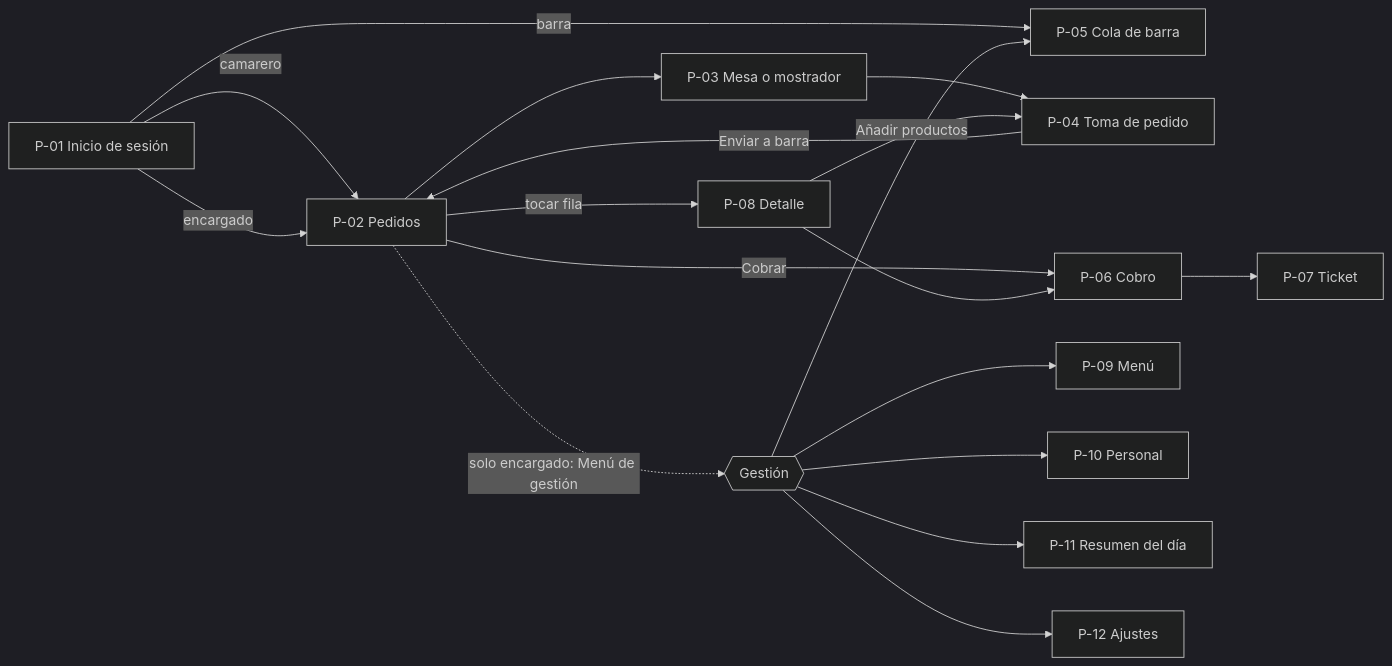
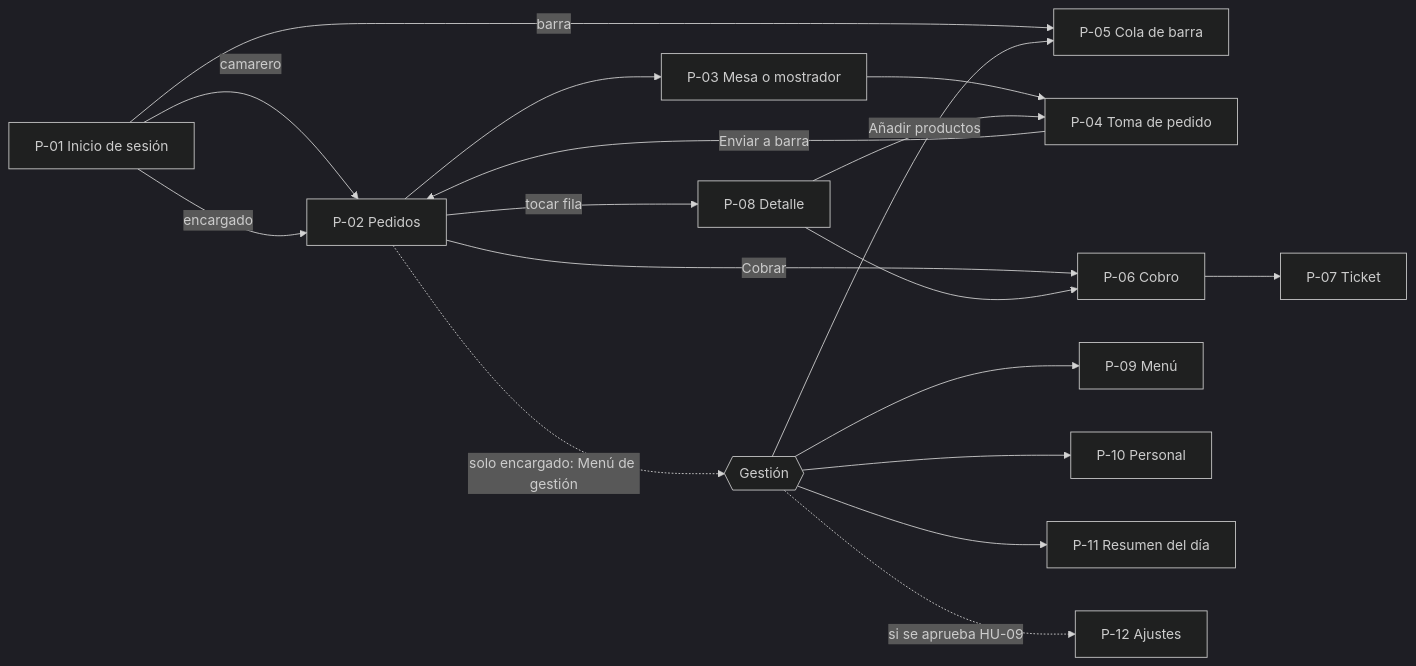
The first of 7 diagrams in docs/ux/flujos.md (Pablo592/testing-ia), drawn with Mermaid (dark theme) before and after one commit. The commit also changed other lines of this file and 8 other files, not shown here.

````diff
--- a/docs/ux/flujos.md
+++ b/docs/ux/flujos.md
@@ -28,17 +29,17 @@
 ```mermaid
 flowchart LR
   L[P-01 Inicio de sesión] -->|camarero| P[P-02 Pedidos]
   L -->|barra| C[P-05 Cola de barra]
   L -->|encargado| P
   P --> N[P-03 Mesa o mostrador] --> T[P-04 Toma de pedido]
   T -->|Enviar a barra| P
   P -->|Cobrar| CB[P-06 Cobro] --> TK[P-07 Ticket]
   P -->|tocar fila| D[P-08 Detalle] --> CB
   D -->|Añadir productos| T
   P -. solo encargado: Menú de gestión .-> G{{Gestión}}
   G --> M[P-09 Menú]
   G --> S[P-10 Personal]
   G --> R[P-11 Resumen del día]
-  G --> A[P-12 Ajustes]
+  G -. si se aprueba HU-09 .-> A[P-12 Ajustes]
   G --> C
 ```
````
